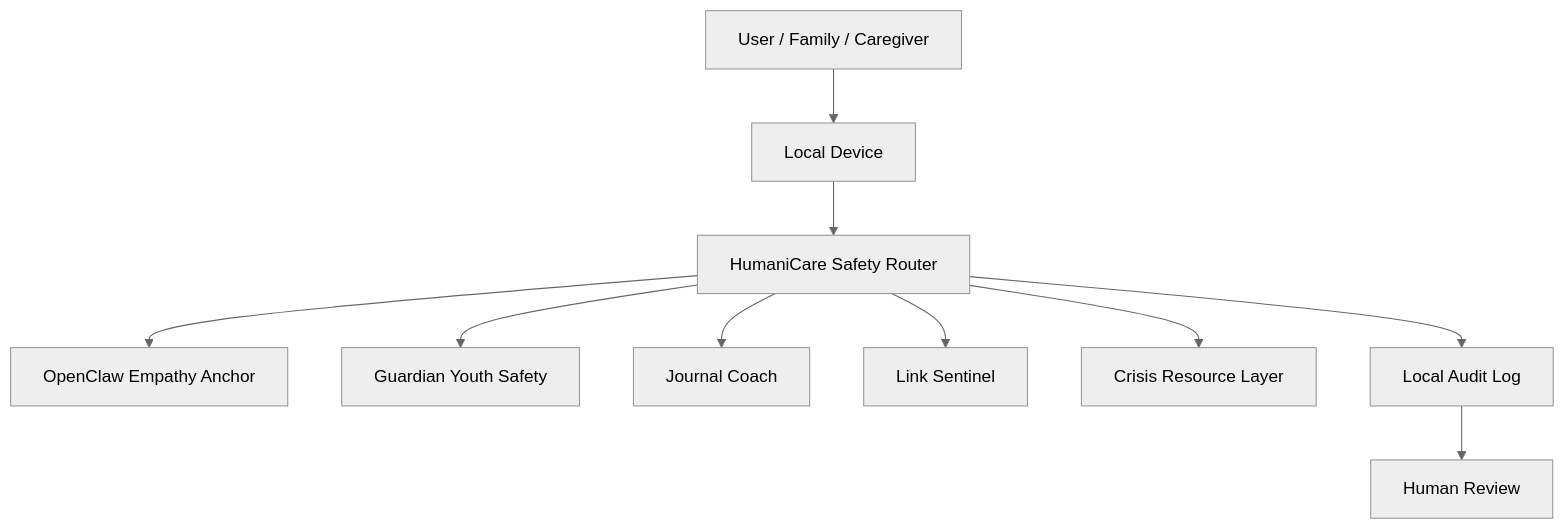
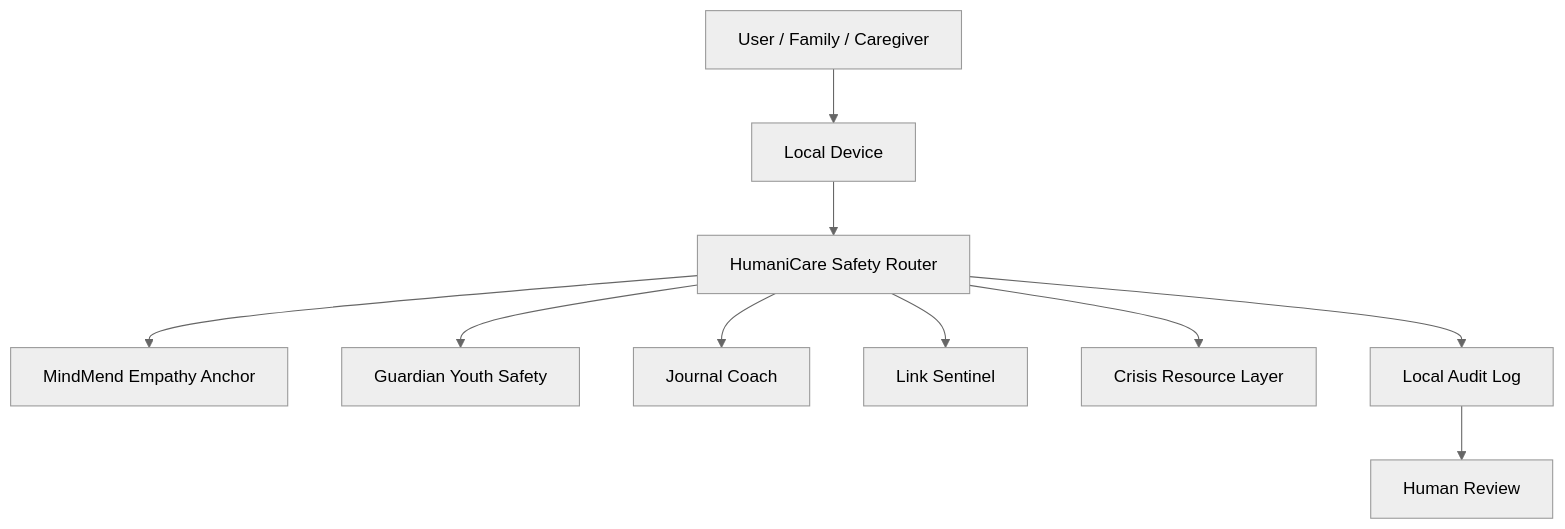
Before and after one commit to MiMindMendinc/OpenClaw-Empathy-Anchor-MindMend-OpenClaw-: the diagram in docs/humanicare-blueprint.md, drawn with Mermaid (neutral theme). The commit also changed other lines of this file and 68 other files, not shown here.

````diff
--- a/docs/humanicare-blueprint.md
+++ b/docs/humanicare-blueprint.md
@@ -25,12 +25,12 @@
 ```mermaid
 flowchart TD
     A[User / Family / Caregiver] --> B[Local Device]
     B --> C[HumaniCare Safety Router]
-    C --> D[OpenClaw Empathy Anchor]
+    C --> D[MindMend Empathy Anchor]
     C --> E[Guardian Youth Safety]
     C --> F[Journal Coach]
     C --> G[Link Sentinel]
     C --> H[Crisis Resource Layer]
     C --> I[Local Audit Log]
     I --> J[Human Review]
 ```
````
